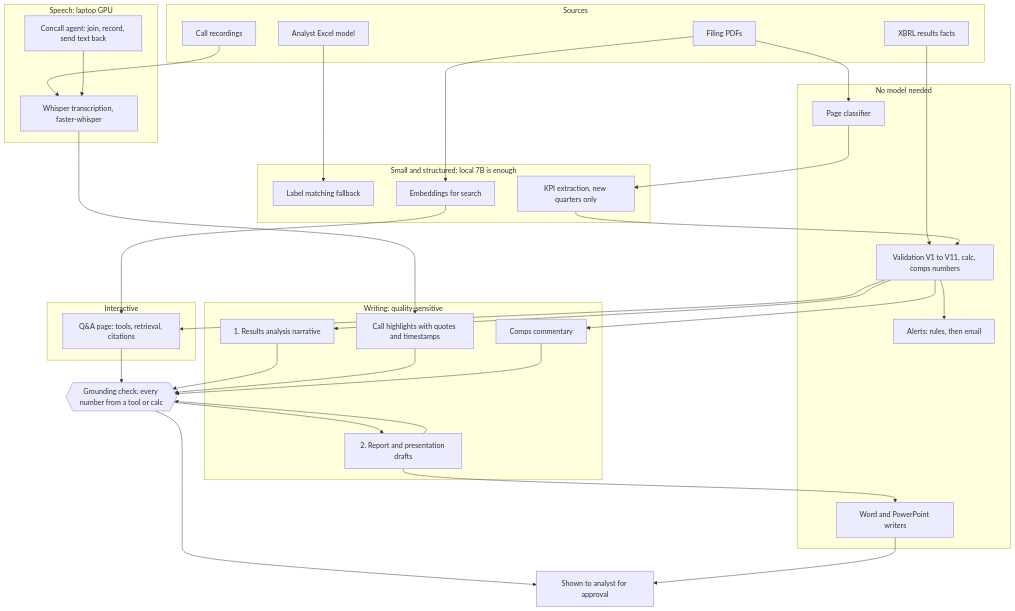
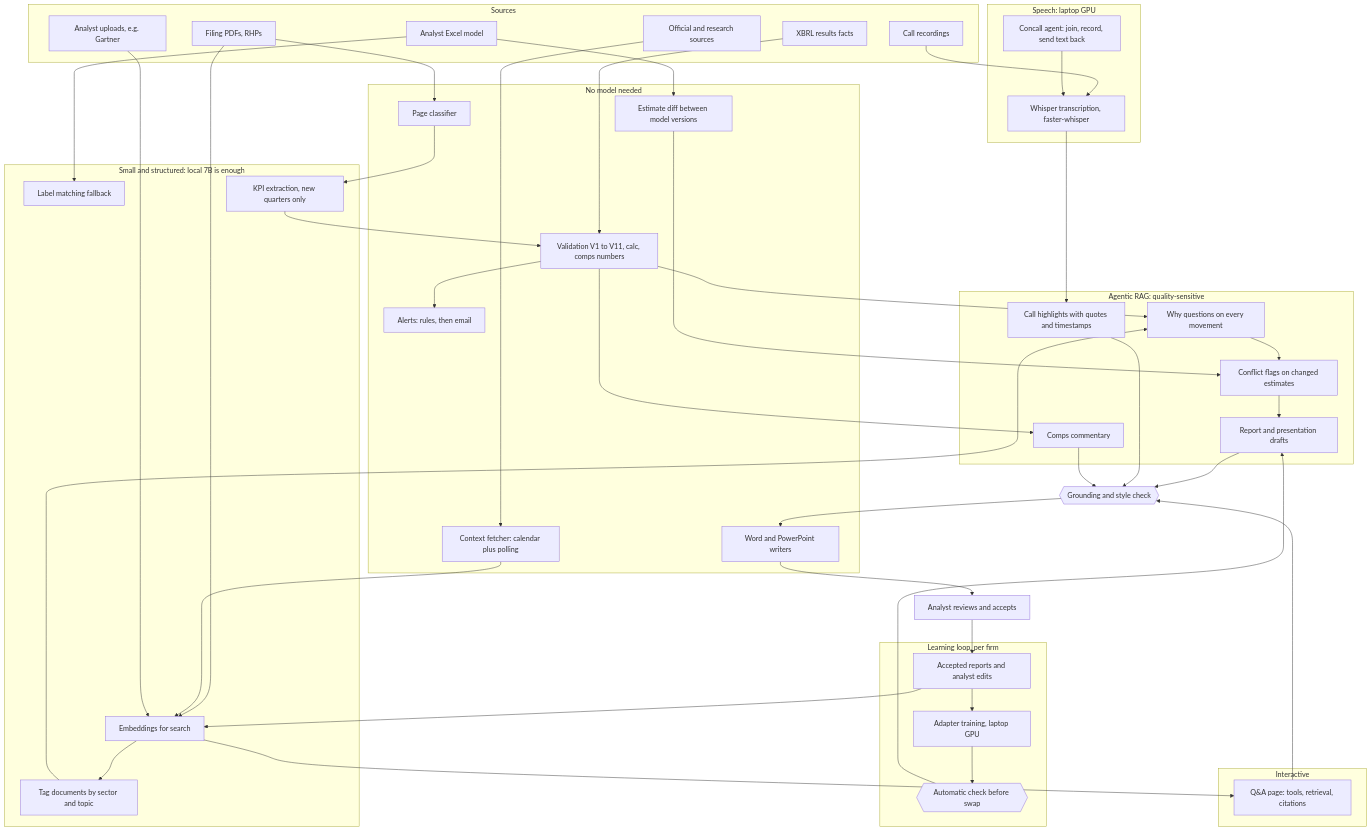
One commit to KAttal007/Analekh changed the diagram in AI.md. Above: the diagram before and after it, drawn with Mermaid. The commit also changed other lines of this file and 18 other files, not shown here.

First line of the commit message:
v0.0.6: agentic AI plan in AI.md; compact design document, deviations, diagrams and versions

````diff
--- a/AI.md
+++ b/AI.md
@@ -24,59 +160,74 @@
 ```mermaid
 flowchart TD
     subgraph SRC[Sources]
         XB[XBRL results facts]
-        PDF[Filing PDFs]
+        PDF[Filing PDFs, RHPs]
         REC[Call recordings]
         MDL[Analyst Excel model]
+        CTX[Official and research sources]
+        UPL[Analyst uploads, e.g. Gartner]
     end
 
     subgraph NOAI[No model needed]
         VAL[Validation V1 to V11, calc, comps numbers]
         ALR[Alerts: rules, then email]
         WR[Word and PowerPoint writers]
         CLS[Page classifier]
+        CAL[Context fetcher: calendar plus polling]
+        DIFF[Estimate diff between model versions]
     end
 
     subgraph SMALL[Small and structured: local 7B is enough]
         LBL[Label matching fallback]
         EMB[Embeddings for search]
         KPI[KPI extraction, new quarters only]
+        TAG[Tag documents by sector and topic]
     end
 
     subgraph SPEECH[Speech: laptop GPU]
         WH[Whisper transcription, faster-whisper]
         AGT[Concall agent: join, record, send text back]
     end
 
-    subgraph GEN[Writing: quality-sensitive]
-        RES[1. Results analysis narrative]
+    subgraph AGENT[Agentic RAG: quality-sensitive]
+        WHY[Why questions on every movement]
+        FLG[Conflict flags on changed estimates]
+        DRF[Report and presentation drafts]
         HL[Call highlights with quotes and timestamps]
-        DRF[2. Report and presentation drafts]
         CMP[Comps commentary]
+    end
+
+    subgraph LEARN[Learning loop, per firm]
+        ACC[Accepted reports and analyst edits]
+        TRN[Adapter training, laptop GPU]
+        CHK{{Automatic check before swap}}
     end
 
     subgraph INTER[Interactive]
         QA[Q&A page: tools, retrieval, citations]
     end
 
-    GR{{Grounding check: every number from a tool or calc}}
+    GR{{Grounding and style check}}
 
-    XB --> VAL --> RES
-    PDF --> CLS --> KPI
-    KPI --> VAL
-    PDF --> EMB --> QA
+    XB --> VAL --> WHY
+    PDF --> CLS --> KPI --> VAL
+    PDF --> EMB
+    CTX --> CAL --> EMB
+    UPL --> EMB
+    EMB --> TAG --> WHY
     REC --> WH
     AGT --> WH --> HL
     MDL --> LBL
+    MDL --> DIFF --> FLG
+    WHY --> FLG --> DRF
     VAL --> CMP
-    VAL --> QA
-    RES --> GR
+    EMB --> QA
+    DRF --> GR
     HL --> GR
-    DRF --> GR
     CMP --> GR
     QA --> GR
-    GR --> DRF --> WR
-    GR --> OUT[Shown to analyst for approval]
-    WR --> OUT
+    GR --> WR --> OUT[Analyst reviews and accepts]
+    OUT --> ACC --> TRN --> CHK --> DRF
+    ACC --> EMB
     VAL --> ALR
 ```
````
